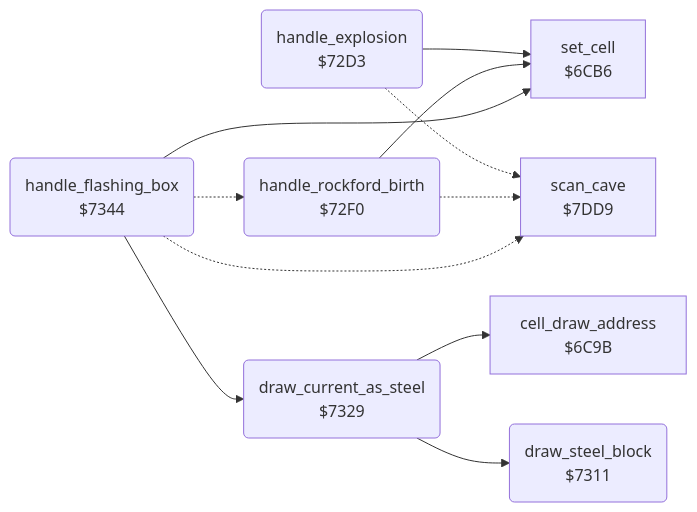
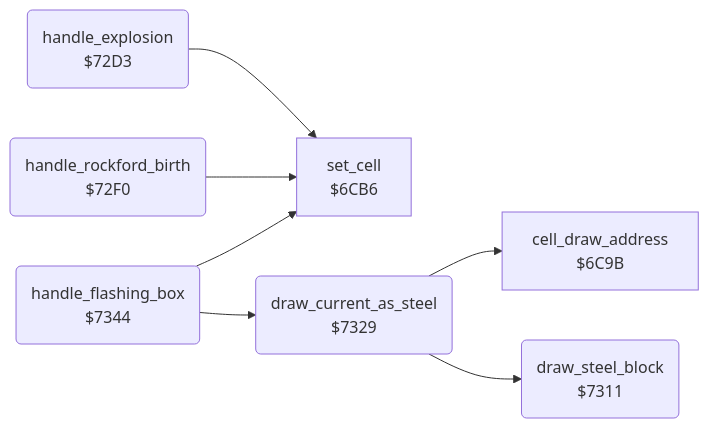
Before and after one commit to henols/c64_games: the diagram in boulder_dash/v1/docs/reference/modules/engine/stages.md, drawn with Mermaid. The commit also changed other lines of this file and 1100 other files, not shown here.

````diff
--- a/boulder_dash/v1/docs/reference/modules/engine/stages.md
+++ b/boulder_dash/v1/docs/reference/modules/engine/stages.md
@@ -10,21 +27,16 @@
 ```mermaid
 flowchart LR
   n6c9b["cell_draw_address<br/>$6C9B"]
   n6cb6["set_cell<br/>$6CB6"]
   n72d3("handle_explosion<br/>$72D3")
   n72f0("handle_rockford_birth<br/>$72F0")
   n7311("draw_steel_block<br/>$7311")
   n7329("draw_current_as_steel<br/>$7329")
   n7344("handle_flashing_box<br/>$7344")
-  n7dd9["scan_cave<br/>$7DD9"]
   n72d3 --> n6cb6
-  n72d3 -.-> n7dd9
   n72f0 --> n6cb6
-  n72f0 -.-> n7dd9
   n7329 --> n6c9b
   n7329 --> n7311
   n7344 --> n6cb6
-  n7344 -.-> n72f0
   n7344 --> n7329
-  n7344 -.-> n7dd9
 ```
````
